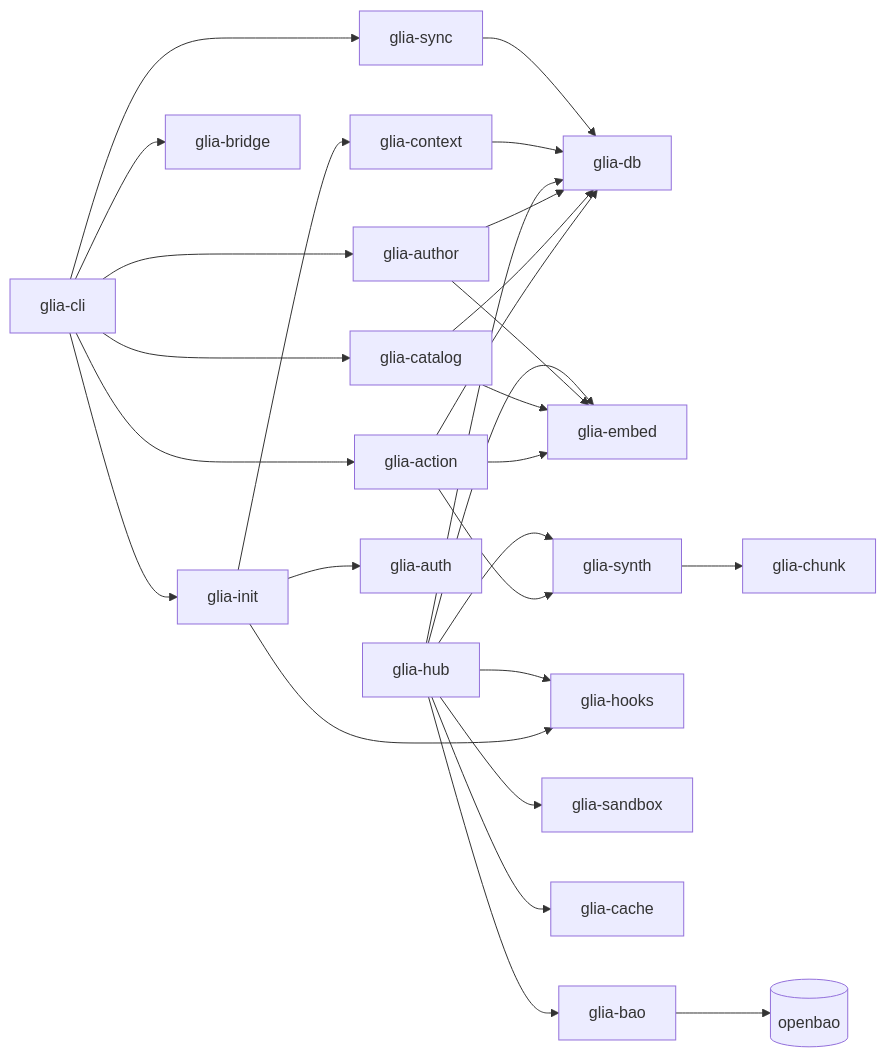
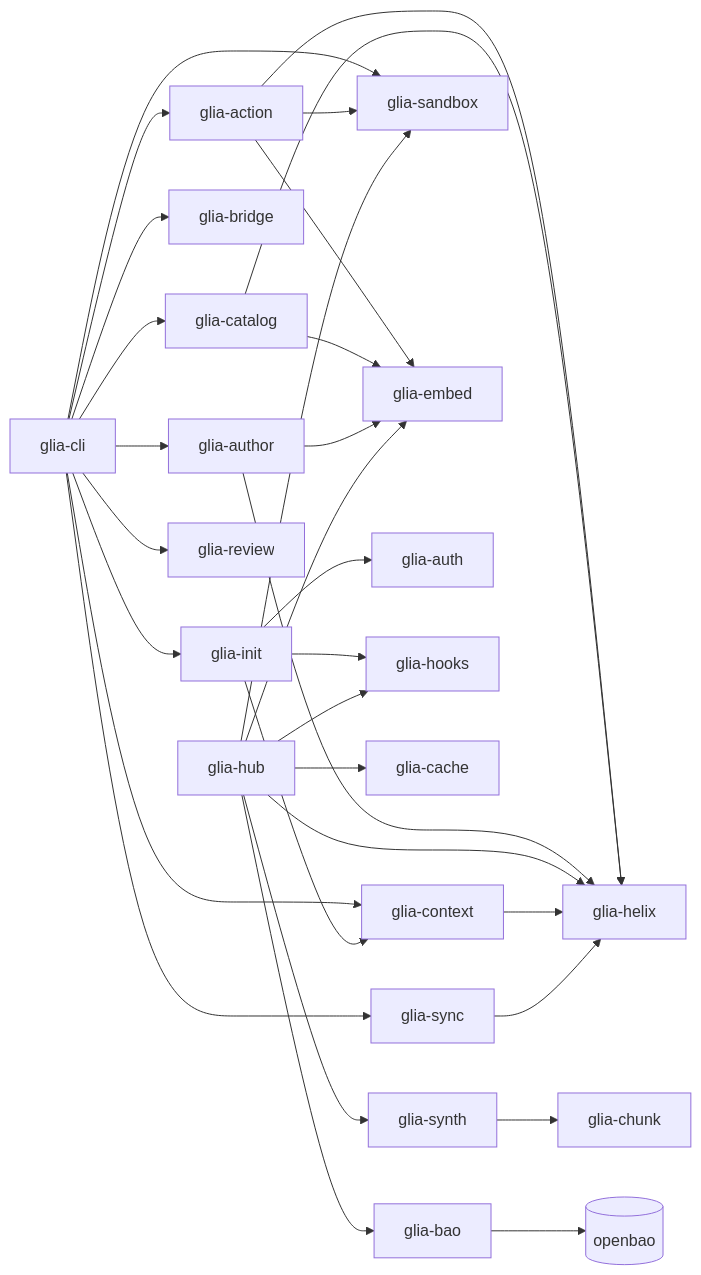
The third of 3 diagrams in docs/architecture.md (Vellixia/Glia), drawn with Mermaid before and after one commit. The commit also changed other lines of this file and 13 other files, not shown here.

````diff
--- a/docs/architecture.md
+++ b/docs/architecture.md
@@ -139,30 +165,33 @@
 ```mermaid
 flowchart LR
     CLI[glia-cli] --> ACT[glia-action]
     CLI --> INIT[glia-init]
     CLI --> SYN[glia-sync]
     CLI --> BR[glia-bridge]
     CLI --> AUT[glia-author]
     CLI --> CAT[glia-catalog]
-    ACT --> DB[glia-db]
+    CLI --> REV[glia-review]
+    CLI --> CTX[glia-context]
+    CLI --> SBX[glia-sandbox]
+    ACT --> HLX[glia-helix]
     ACT --> EMB[glia-embed]
-    ACT --> SYT[glia-synth]
-    CAT --> DB
+    ACT --> SBX
+    CAT --> HLX
     CAT --> EMB
-    AUT --> DB
+    AUT --> HLX
     AUT --> EMB
     INIT --> CTX[glia-context]
     INIT --> AUTH[glia-auth]
     INIT --> HK[glia-hooks]
-    SYT --> CHK[glia-chunk]
-    HUB[glia-hub] --> SDB[glia-sandbox]
+    HUB[glia-hub] --> SBX
     HUB --> HK
-    HUB --> DB
+    HUB --> HLX
     HUB --> CA[glia-cache]
     HUB --> EMB
-    HUB --> SYT
+    HUB --> SYT[glia-synth]
     HUB --> BAO[glia-bao]
     BAO --> OP[(openbao)]
-    CTX --> DB
-    SYN --> DB
+    CTX --> HLX
+    SYN --> HLX
+    SYT --> CHK[glia-chunk]
 ```
````
